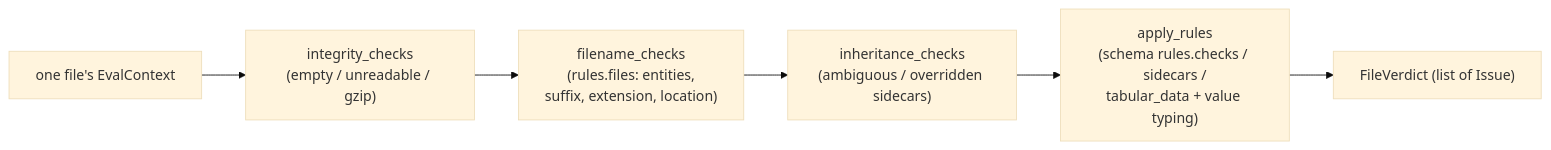
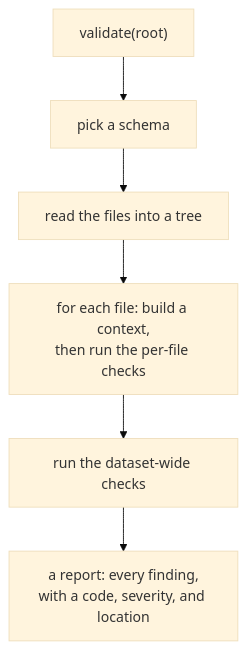
One commit to karellopez/python-validator changed the first of 8 diagrams in docs/architecture.md. Above: the diagram before and after it, drawn with Mermaid (base theme). The commit also changed other lines of this file and 4 other files, not shown here.

First line of the commit message:
docs: add a "what changed" page and rewrite the architecture doc in plain prose

````diff
--- a/docs/architecture.md
+++ b/docs/architecture.md
@@ -106,8 +33,8 @@
 ```mermaid
-flowchart LR
-    F["one file's EvalContext"] --> I["integrity_checks<br/>(empty / unreadable / gzip)"]
-    I --> N["filename_checks<br/>(rules.files: entities,<br/>suffix, extension, location)"]
-    N --> H["inheritance_checks<br/>(ambiguous / overridden sidecars)"]
-    H --> R["apply_rules<br/>(schema rules.checks / sidecars /<br/>tabular_data + value typing)"]
-    R --> V["FileVerdict (list of Issue)"]
+flowchart TD
+    A["validate(root)"] --> B["pick a schema"]
+    B --> C["read the files into a tree"]
+    C --> D["for each file: build a context,<br/>then run the per-file checks"]
+    D --> E["run the dataset-wide checks"]
+    E --> F["a report: every finding,<br/>with a code, severity, and location"]
 ```
````
